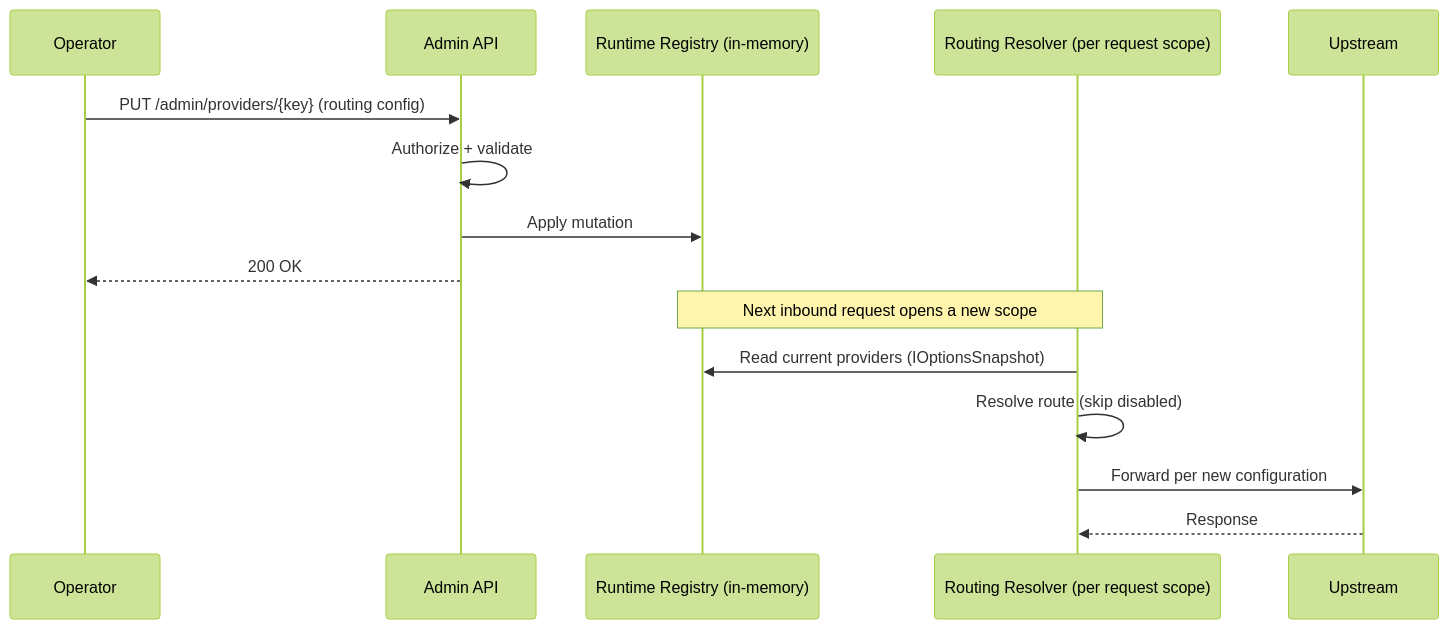
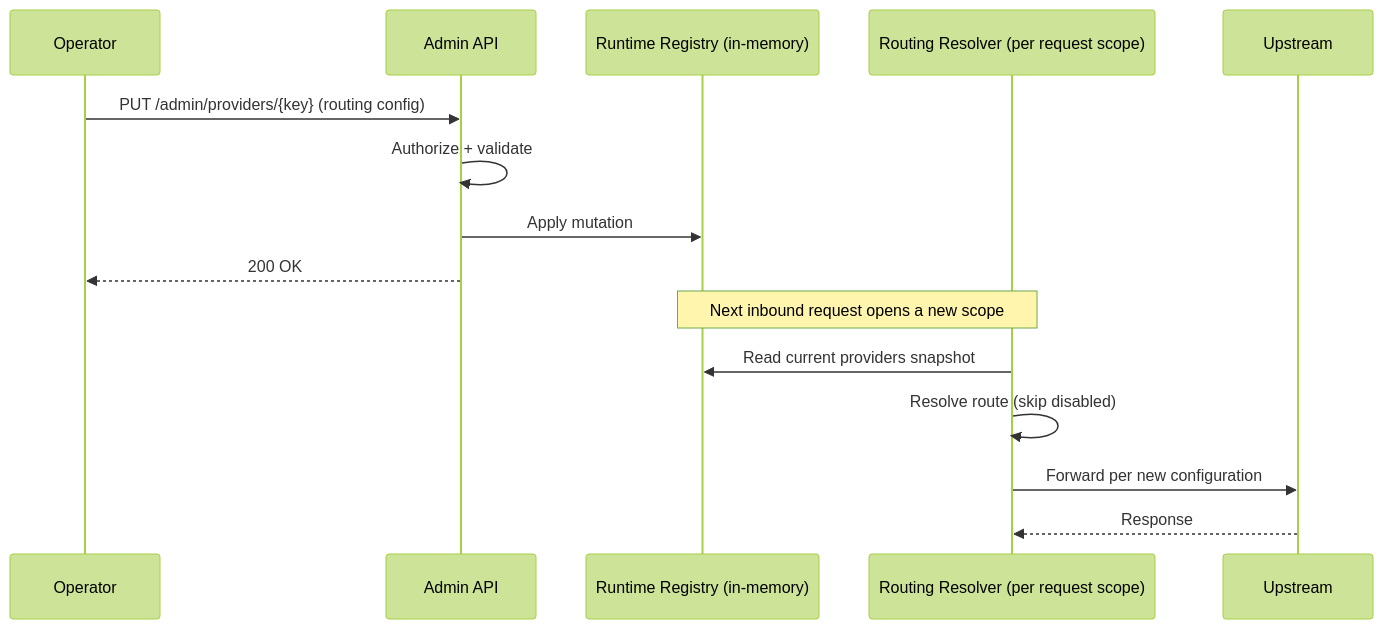
One commit to generic-automation-and-it/smooth-llm-imposter changed the second of 3 diagrams in .docs/hlds/008-runtime-config-crud/diagrams/c4-context.md. Above: the diagram before and after it, drawn with Mermaid (forest theme). The commit also changed other lines of this file and 21 other files, not shown here.

````diff
--- a/.docs/hlds/008-runtime-config-crud/diagrams/c4-context.md
+++ b/.docs/hlds/008-runtime-config-crud/diagrams/c4-context.md
@@ -40,19 +40,19 @@
 ```mermaid
 sequenceDiagram
     participant Operator
     participant Admin as Admin API
     participant Registry as Runtime Registry (in-memory)
     participant Router as Routing Resolver (per request scope)
     participant Upstream
 
     Operator->>Admin: PUT /admin/providers/{key} (routing config)
     Admin->>Admin: Authorize + validate
     Admin->>Registry: Apply mutation
     Admin-->>Operator: 200 OK
 
     Note over Registry,Router: Next inbound request opens a new scope
-    Router->>Registry: Read current providers (IOptionsSnapshot)
+    Router->>Registry: Read current providers snapshot
     Router->>Router: Resolve route (skip disabled)
     Router->>Upstream: Forward per new configuration
     Upstream-->>Router: Response
 ```
````
